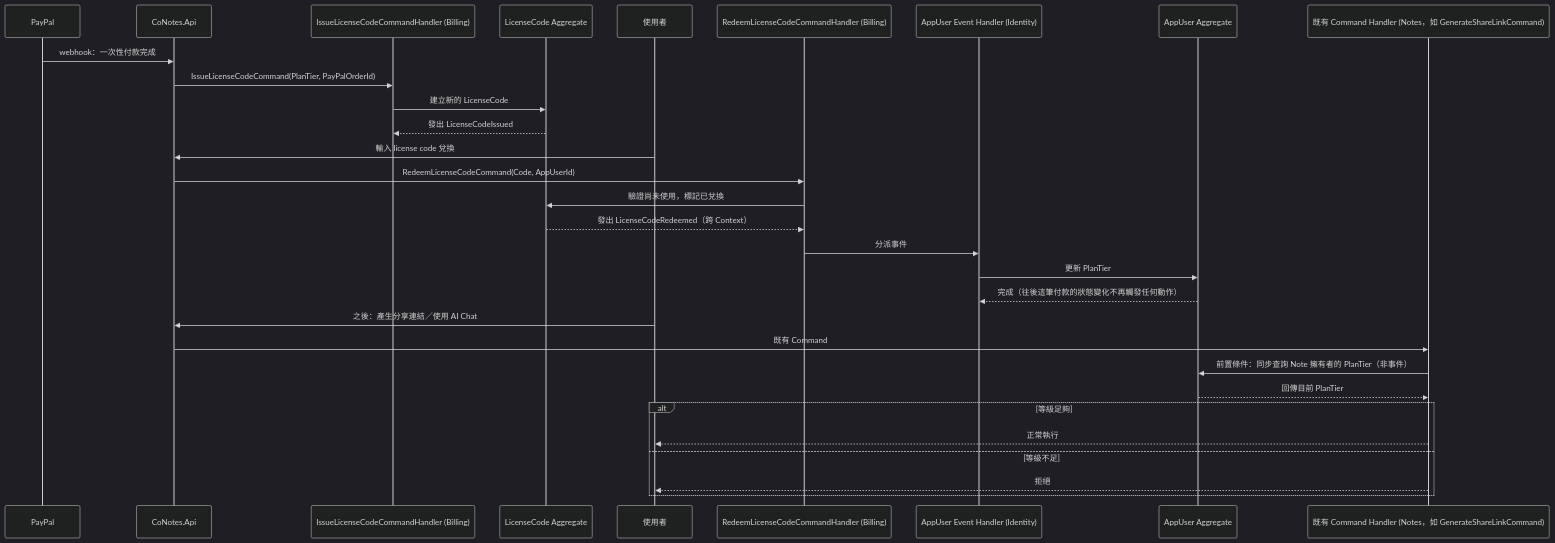
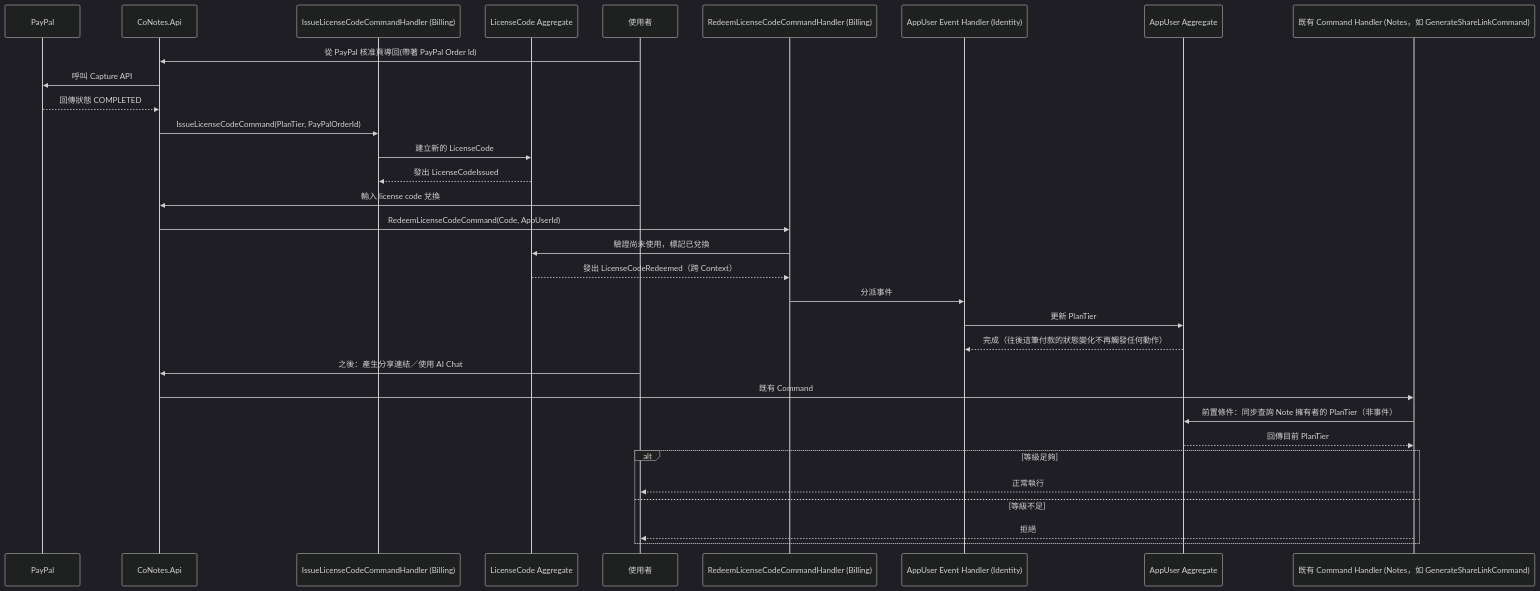
The diagram in openspec/changes/subscription-billing/design.md (DavidChen617/collaboration-notes), drawn with Mermaid (dark theme) before and after one commit. The commit also changed other lines of this file and 2 other files, not shown here.

First line of the commit message:
docs(billing): replace PayPal webhook confirmation with redirect+capture

````diff
--- a/openspec/changes/subscription-billing/design.md
+++ b/openspec/changes/subscription-billing/design.md
@@ -34,35 +35,37 @@
 ```mermaid
 sequenceDiagram
     participant PayPal
     participant Api as CoNotes.Api
     participant IssueCmd as IssueLicenseCodeCommandHandler (Billing)
     participant Code as LicenseCode Aggregate
     participant User as 使用者
     participant RedeemCmd as RedeemLicenseCodeCommandHandler (Billing)
     participant Evt as AppUser Event Handler (Identity)
     participant AppUser as AppUser Aggregate
     participant NotesCmd as 既有 Command Handler (Notes，如 GenerateShareLinkCommand)
 
-    PayPal->>Api: webhook：一次性付款完成
+    User->>Api: 從 PayPal 核准頁導回(帶著 PayPal Order Id)
+    Api->>PayPal: 呼叫 Capture API
+    PayPal-->>Api: 回傳狀態 COMPLETED
     Api->>IssueCmd: IssueLicenseCodeCommand(PlanTier, PayPalOrderId)
     IssueCmd->>Code: 建立新的 LicenseCode
     Code-->>IssueCmd: 發出 LicenseCodeIssued
 
     User->>Api: 輸入 license code 兌換
     Api->>RedeemCmd: RedeemLicenseCodeCommand(Code, AppUserId)
     RedeemCmd->>Code: 驗證尚未使用，標記已兌換
     Code-->>RedeemCmd: 發出 LicenseCodeRedeemed（跨 Context）
     RedeemCmd->>Evt: 分派事件
     Evt->>AppUser: 更新 PlanTier
     AppUser-->>Evt: 完成（往後這筆付款的狀態變化不再觸發任何動作）
 
     User->>Api: 之後：產生分享連結／使用 AI Chat
     Api->>NotesCmd: 既有 Command
     NotesCmd->>AppUser: 前置條件：同步查詢 Note 擁有者的 PlanTier（非事件）
     AppUser-->>NotesCmd: 回傳目前 PlanTier
     alt 等級足夠
         NotesCmd-->>User: 正常執行
     else 等級不足
         NotesCmd-->>User: 拒絕
     end
 ```
````
